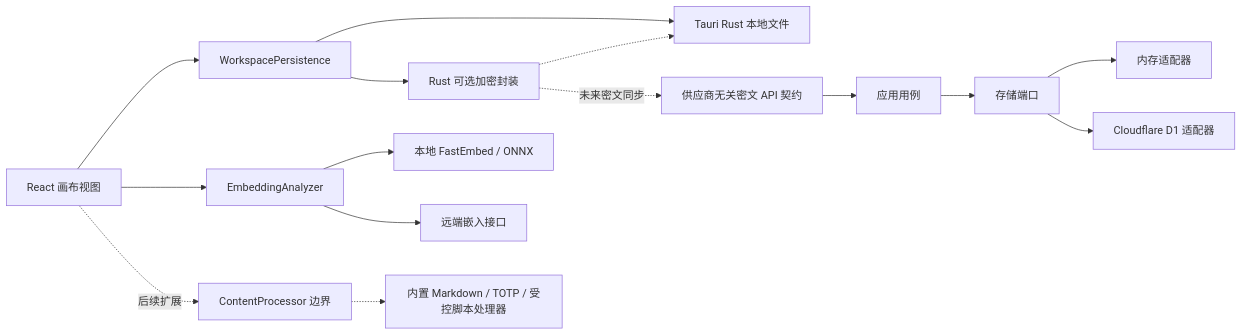
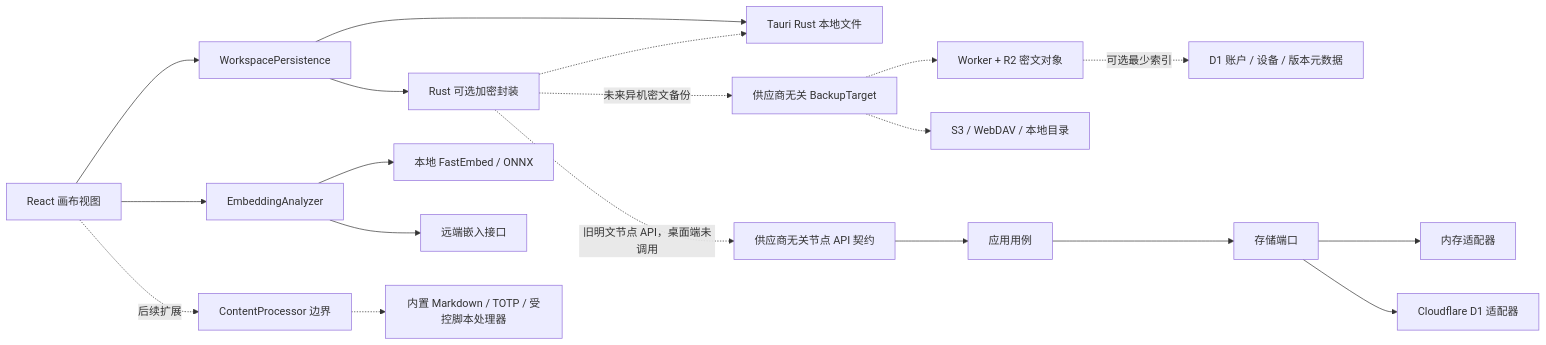
Before and after one commit to 3fteye/linked-info: the diagram in DEVELOPMENT.md, drawn with Mermaid. The commit also changed other lines of this file and 14 other files, not shown here.

````diff
--- a/DEVELOPMENT.md
+++ b/DEVELOPMENT.md
@@ -32,17 +32,21 @@
 ```mermaid
 flowchart LR
     UI["React 画布视图"] --> WP["WorkspacePersistence"]
     WP --> TF["Tauri Rust 本地文件"]
     WP --> ENC["Rust 可选加密封装"]
     ENC -.-> TF
     UI --> EA["EmbeddingAnalyzer"]
     EA --> LE["本地 FastEmbed / ONNX"]
     EA --> RE["远端嵌入接口"]
     UI -. "后续扩展" .-> CP["ContentProcessor 边界"]
     CP -.-> BUILTIN["内置 Markdown / TOTP / 受控脚本处理器"]
-    ENC -. "未来密文同步" .-> API["供应商无关密文 API 契约"]
+    ENC -. "未来异机密文备份" .-> BT["供应商无关 BackupTarget"]
+    BT -.-> R2["Worker + R2 密文对象"]
+    BT -.-> OTHER["S3 / WebDAV / 本地目录"]
+    R2 -. "可选最少索引" .-> D1META["D1 账户 / 设备 / 版本元数据"]
+    ENC -. "旧明文节点 API，桌面端未调用" .-> API["供应商无关节点 API 契约"]
     API --> APP["应用用例"]
     APP --> PORT["存储端口"]
     PORT --> MEM["内存适配器"]
     PORT --> D1["Cloudflare D1 适配器"]
 ```
````
